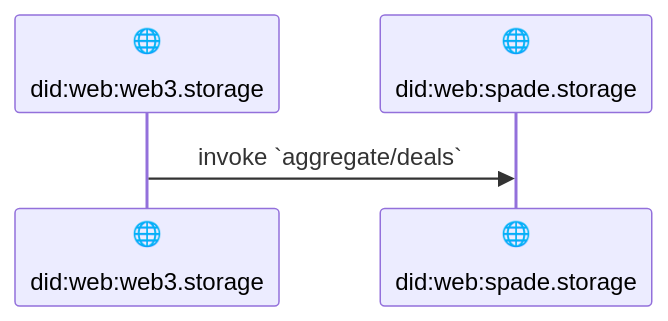
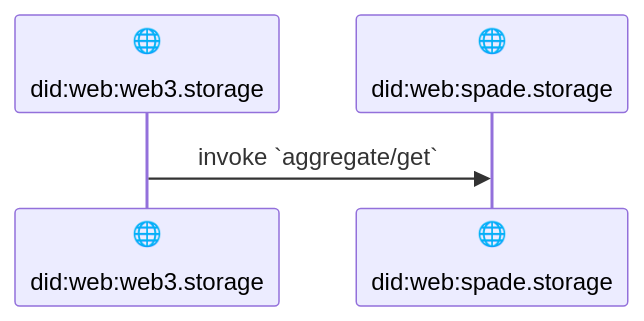
One commit to storacha/specs changed the second of 2 diagrams in w3-aggregation.md. Above: the diagram before and after it, drawn with Mermaid. The commit also changed other lines of this file, not shown here.

````diff
--- a/w3-aggregation.md
+++ b/w3-aggregation.md
@@ -86,7 +84,7 @@
 ```mermaid
 sequenceDiagram
 participant Storefront as 🌐<br/><br/>did:web:web3.storage
     participant Authority as 🌐<br/><br/>did:web:spade.storage
 
-    Storefront->>Authority: invoke `aggregate/deals`
+    Storefront->>Authority: invoke `aggregate/get`
 ```
````
